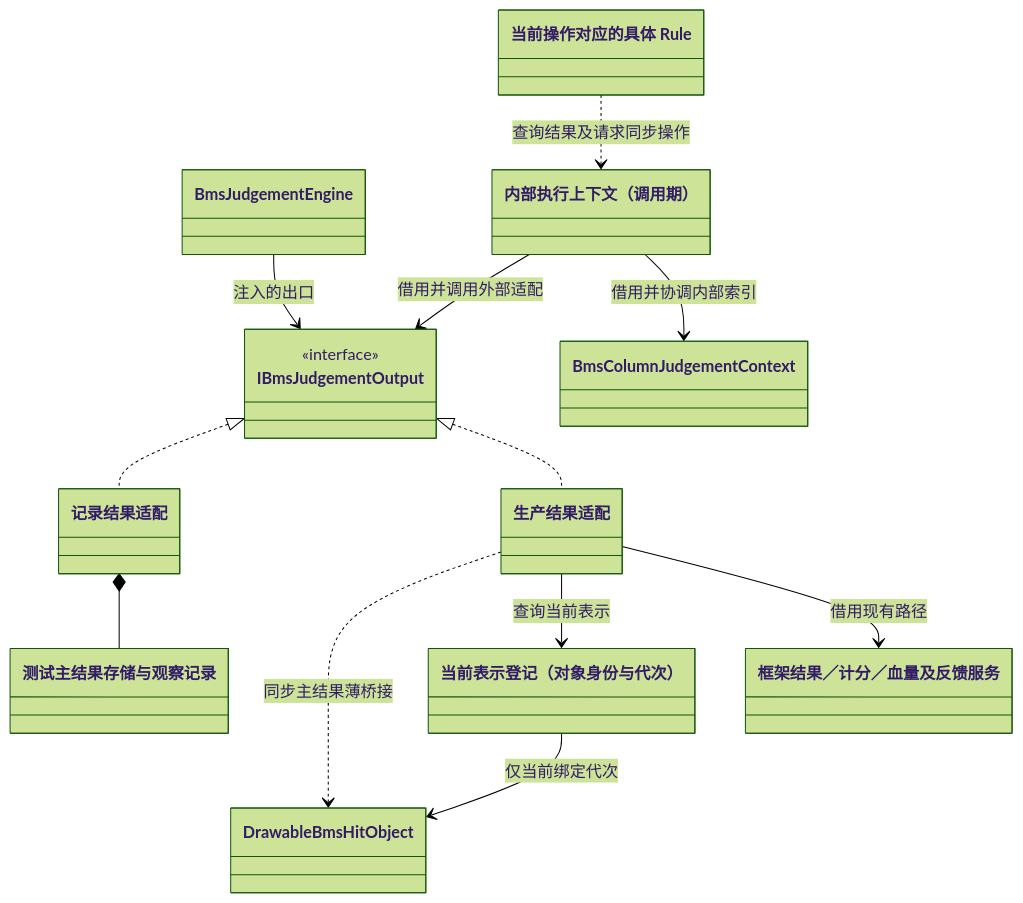
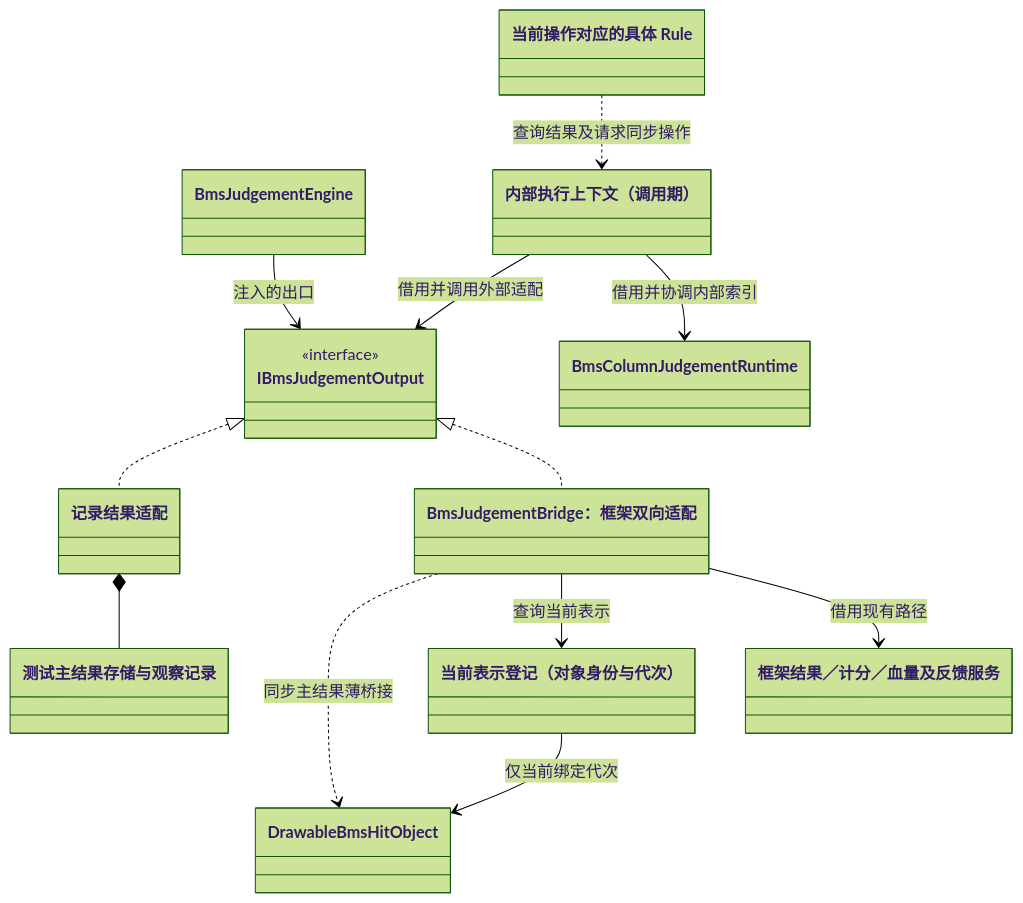
One commit to QingQiz/BmsRuleset changed the third of 5 diagrams in docs/hitobject-refactor-plan.zh-CN.md. Above: the diagram before and after it, drawn with Mermaid (forest theme). The commit also changed other lines of this file and 68 other files, not shown here.

Commit message:
refactor(judgement): separate column runtime and framework boundaries

````diff
--- a/docs/hitobject-refactor-plan.zh-CN.md
+++ b/docs/hitobject-refactor-plan.zh-CN.md
@@ -246,30 +262,30 @@
 ```mermaid
 classDiagram
     direction TB
 
     class BmsJudgementEngine
-    class BmsColumnJudgementContext
+    class BmsColumnJudgementRuntime
     class ConcreteRule["当前操作对应的具体 Rule"]
     class ExecutionContext["内部执行上下文（调用期）"]
     class IBmsJudgementOutput {
         <<interface>>
     }
-    class ProductionOutput["生产结果适配"]
+    class ProductionOutput["BmsJudgementBridge：框架双向适配"]
     class RecordingOutput["记录结果适配"]
     class FrameworkServices["框架结果／计分／血量及反馈服务"]
     class RepresentationBindings["当前表示登记（对象身份与代次）"]
     class DrawableBmsHitObject
     class RecordedResults["测试主结果存储与观察记录"]
 
     BmsJudgementEngine --> IBmsJudgementOutput : 注入的出口
     ConcreteRule ..> ExecutionContext : 查询结果及请求同步操作
-    ExecutionContext --> BmsColumnJudgementContext : 借用并协调内部索引
+    ExecutionContext --> BmsColumnJudgementRuntime : 借用并协调内部索引
     ExecutionContext --> IBmsJudgementOutput : 借用并调用外部适配
     IBmsJudgementOutput <|.. ProductionOutput
     IBmsJudgementOutput <|.. RecordingOutput
     ProductionOutput --> FrameworkServices : 借用现有路径
     ProductionOutput --> RepresentationBindings : 查询当前表示
     RepresentationBindings --> DrawableBmsHitObject : 仅当前绑定代次
     ProductionOutput ..> DrawableBmsHitObject : 同步主结果薄桥接
     RecordingOutput *-- RecordedResults
 ```
````
